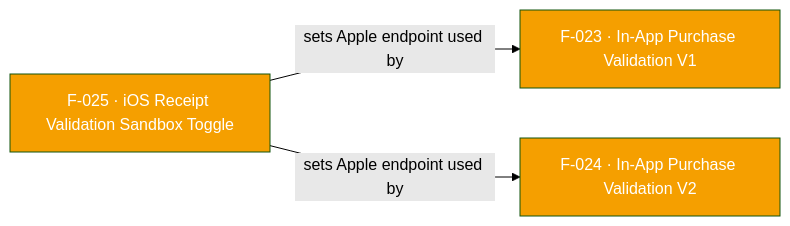
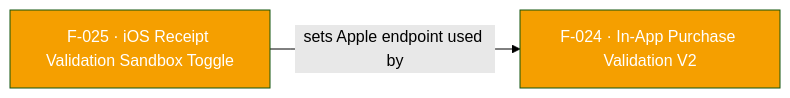
One commit to AppsFlyerSDK/appsflyer-flutter-plugin changed the diagram in internal-docs/features/F-025-ios-receipt-validation-sandbox-toggle.md. Above: the diagram before and after it, drawn with Mermaid (forest theme). The commit also changed other lines of this file and 112 other files, not shown here.

First line of the commit message:
[DELIVERY-125863] Migrate Flutter plugin to AppsFlyer SDK 7 RPC architecture.

````diff
--- a/internal-docs/features/F-025-ios-receipt-validation-sandbox-toggle.md
+++ b/internal-docs/features/F-025-ios-receipt-validation-sandbox-toggle.md
@@ -66,9 +65,7 @@
 ```mermaid
 flowchart LR
     F025["F-025 · iOS Receipt Validation Sandbox Toggle"]:::purchaseValidation
-    F023["F-023 · In-App Purchase Validation V1"]:::purchaseValidation
     F024["F-024 · In-App Purchase Validation V2"]:::purchaseValidation
-    F025 -->|"sets Apple endpoint used by"| F023
     F025 -->|"sets Apple endpoint used by"| F024
     classDef purchaseValidation fill:#F59F00,color:#fff
 ```
````
